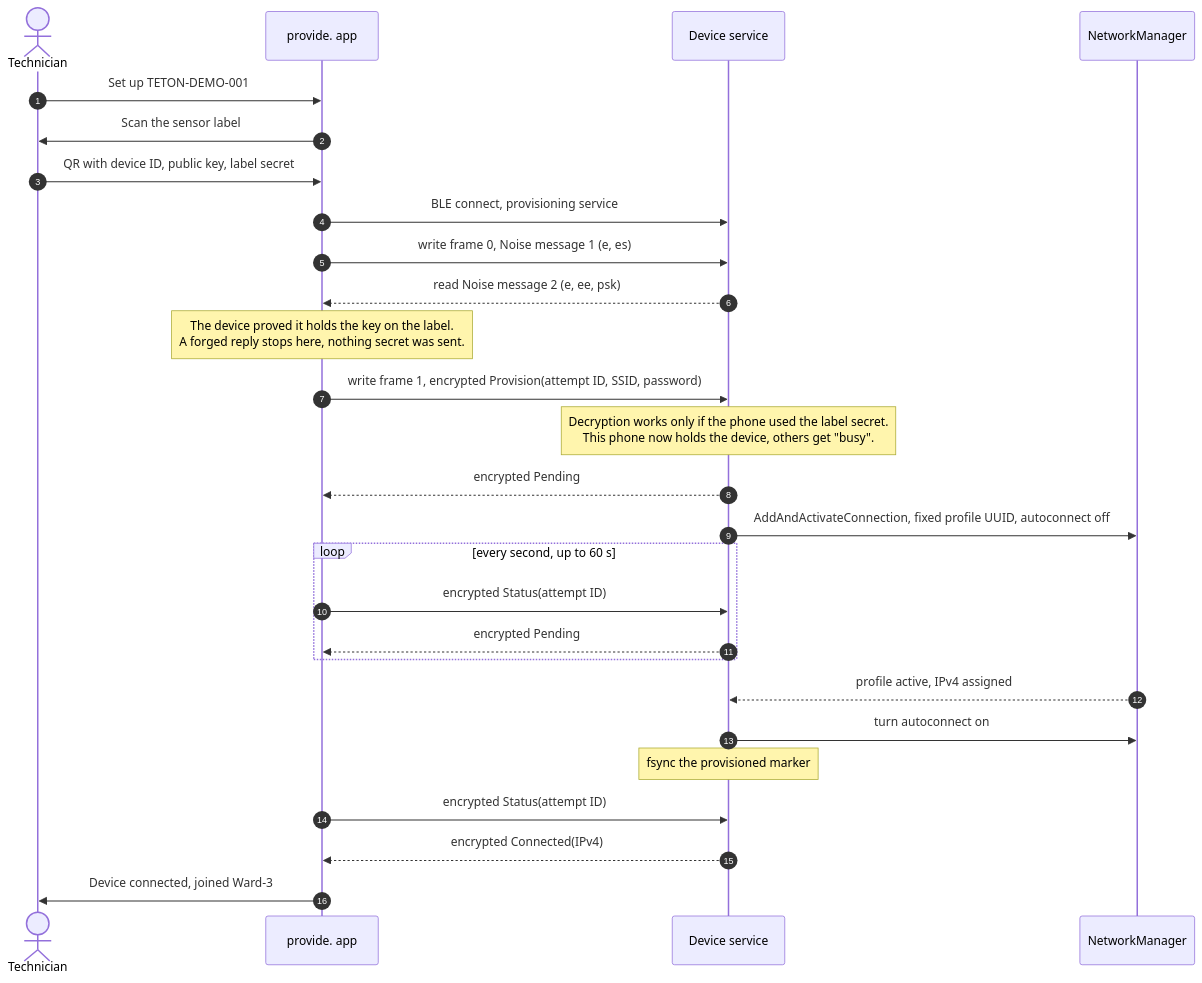
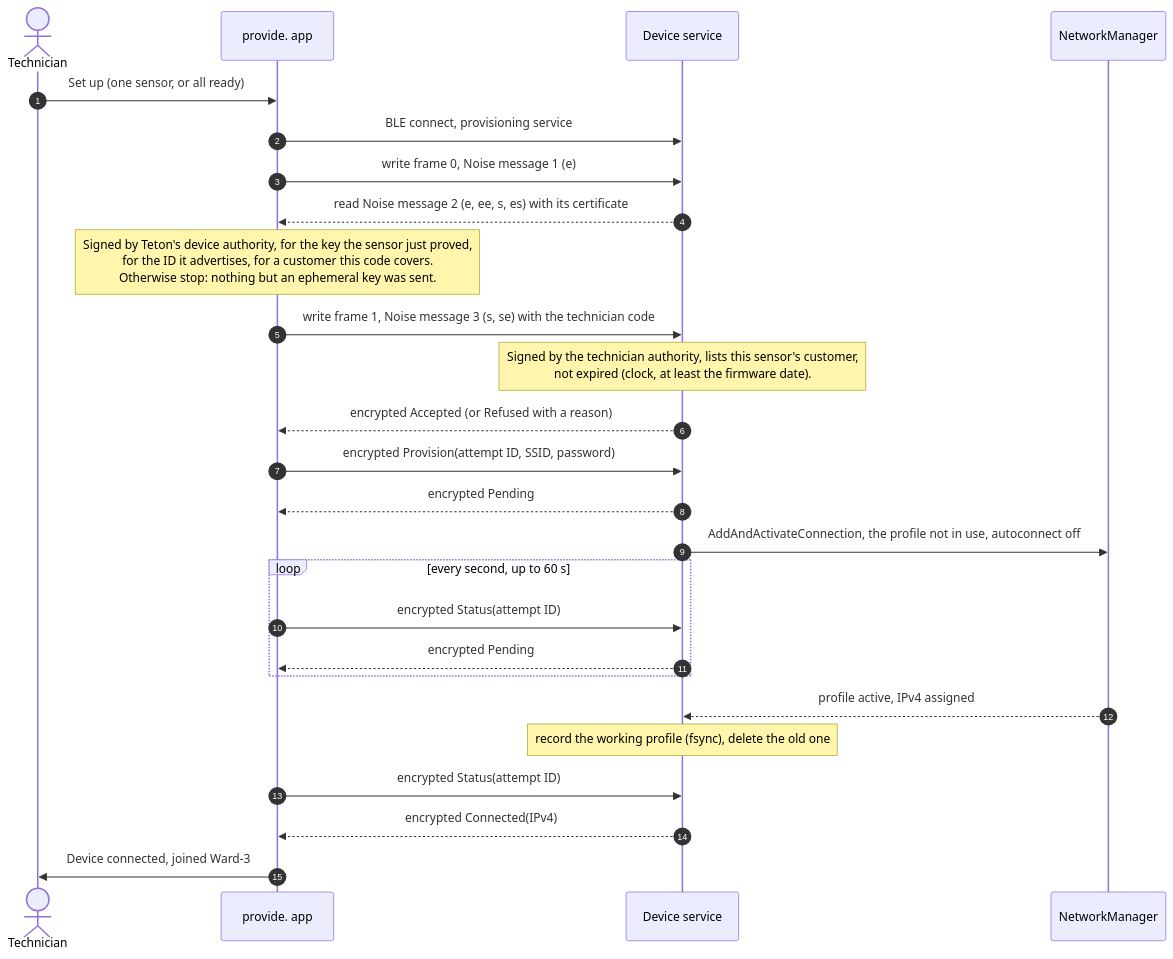
One commit to NoeBrt/Teton-Provide changed the second of 5 diagrams in docs/ARCHITECTURE.md. Above: the diagram before and after it, drawn with Mermaid. The commit also changed other lines of this file and 19 other files, not shown here.

First line of the commit message:
docs: certified sensors, technician codes and the 200-sensor batch

````diff
--- a/docs/ARCHITECTURE.md
+++ b/docs/ARCHITECTURE.md
@@ -76,29 +84,28 @@
 ```mermaid
 sequenceDiagram
     autonumber
     actor T as Technician
     participant P as provide. app
     participant D as Device service
     participant N as NetworkManager
-    T->>P: Set up TETON-DEMO-001
-    P->>T: Scan the sensor label
-    T->>P: QR with device ID, public key, label secret
+    T->>P: Set up (one sensor, or all ready)
     P->>D: BLE connect, provisioning service
-    P->>D: write frame 0, Noise message 1 (e, es)
-    D-->>P: read Noise message 2 (e, ee, psk)
-    Note over P: The device proved it holds the key on the label.<br/>A forged reply stops here, nothing secret was sent.
-    P->>D: write frame 1, encrypted Provision(attempt ID, SSID, password)
-    Note over D: Decryption works only if the phone used the label secret.<br/>This phone now holds the device, others get "busy".
+    P->>D: write frame 0, Noise message 1 (e)
+    D-->>P: read Noise message 2 (e, ee, s, es) with its certificate
+    Note over P: Signed by Teton's device authority, for the key the sensor just proved,<br/>for the ID it advertises, for a customer this code covers.<br/>Otherwise stop: nothing but an ephemeral key was sent.
+    P->>D: write frame 1, Noise message 3 (s, se) with the technician code
+    Note over D: Signed by the technician authority, lists this sensor's customer,<br/>not expired (clock, at least the firmware date).
+    D-->>P: encrypted Accepted (or Refused with a reason)
+    P->>D: encrypted Provision(attempt ID, SSID, password)
     D-->>P: encrypted Pending
-    D->>N: AddAndActivateConnection, fixed profile UUID, autoconnect off
+    D->>N: AddAndActivateConnection, the profile not in use, autoconnect off
     loop every second, up to 60 s
         P->>D: encrypted Status(attempt ID)
         D-->>P: encrypted Pending
     end
     N-->>D: profile active, IPv4 assigned
-    D->>N: turn autoconnect on
-    Note over D: fsync the provisioned marker
+    Note over D: record the working profile (fsync), delete the old one
     P->>D: encrypted Status(attempt ID)
     D-->>P: encrypted Connected(IPv4)
     P->>T: Device connected, joined Ward-3
 ```
````
